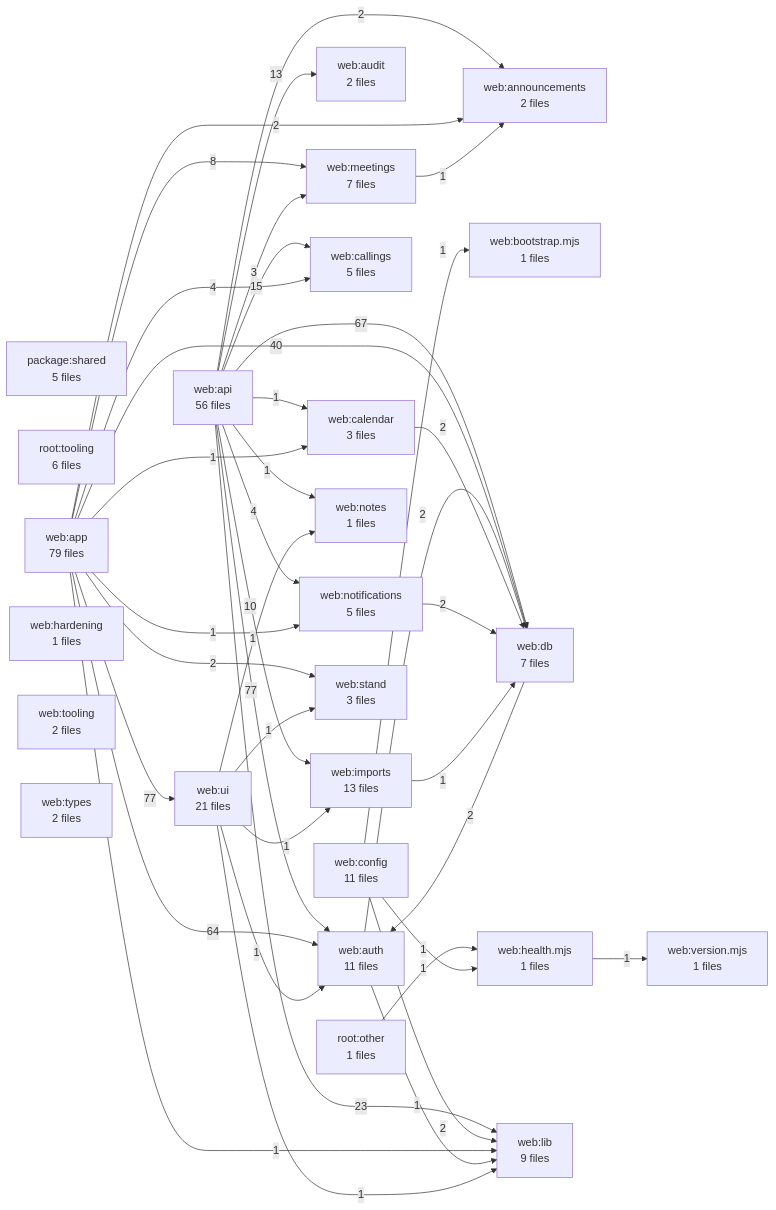
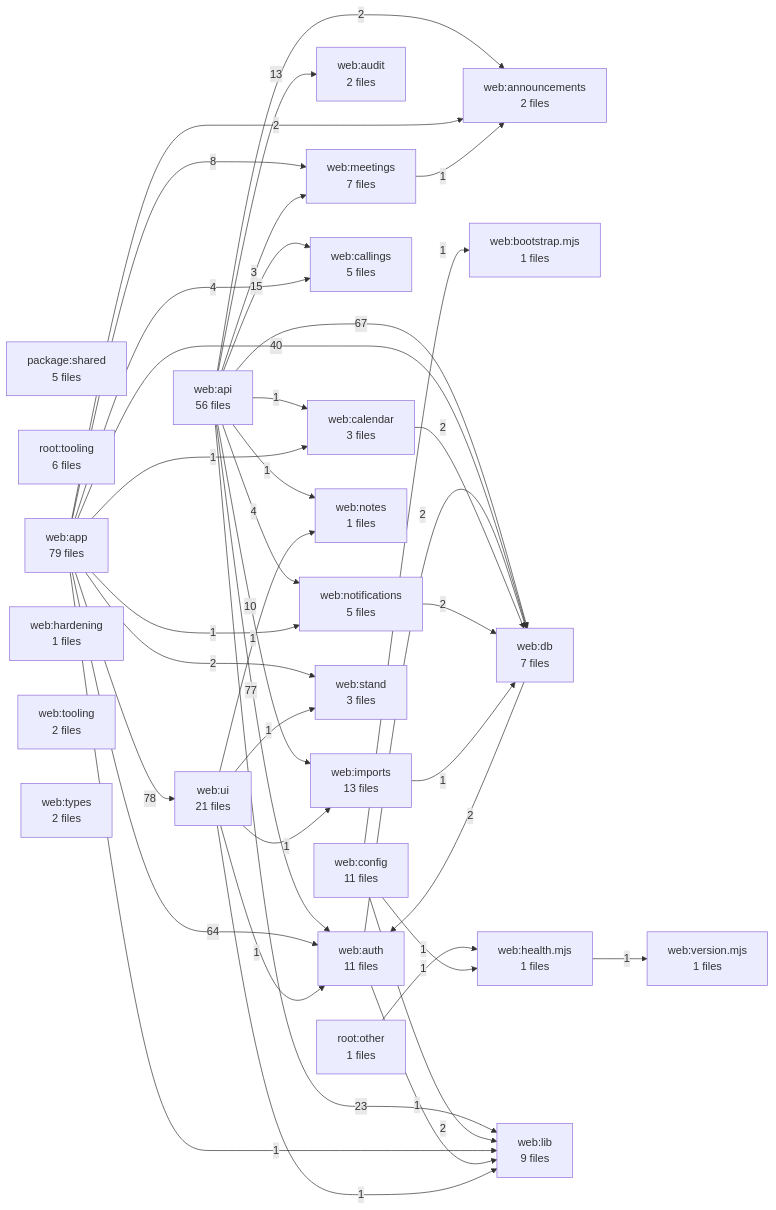
Before and after one commit to kalebhall/the-stand: the diagram in docs/DEPENDENCY_GRAPH.md, drawn with Mermaid. The commit also changed other lines of this file and 2 other files, not shown here.

````diff
--- a/docs/DEPENDENCY_GRAPH.md
+++ b/docs/DEPENDENCY_GRAPH.md
@@ -11,66 +11,66 @@
 ```mermaid
 flowchart LR
   A1["package:shared<br/>5 files"]
   A2["root:other<br/>1 files"]
   A3["root:tooling<br/>6 files"]
   A4["web:announcements<br/>2 files"]
   A5["web:api<br/>56 files"]
   A6["web:app<br/>79 files"]
   A7["web:audit<br/>2 files"]
   A8["web:auth<br/>11 files"]
   A9["web:bootstrap.mjs<br/>1 files"]
   A10["web:calendar<br/>3 files"]
   A11["web:callings<br/>5 files"]
   A12["web:config<br/>11 files"]
   A13["web:db<br/>7 files"]
   A14["web:hardening<br/>1 files"]
   A15["web:health.mjs<br/>1 files"]
   A16["web:imports<br/>13 files"]
   A17["web:lib<br/>9 files"]
   A18["web:meetings<br/>7 files"]
   A19["web:notes<br/>1 files"]
   A20["web:notifications<br/>5 files"]
   A21["web:stand<br/>3 files"]
   A22["web:tooling<br/>2 files"]
   A23["web:types<br/>2 files"]
   A24["web:ui<br/>21 files"]
   A25["web:version.mjs<br/>1 files"]
+  A6 -->|78| A24
   A5 -->|77| A8
-  A6 -->|77| A24
   A5 -->|67| A13
   A6 -->|64| A8
   A6 -->|40| A13
   A5 -->|23| A17
   A5 -->|15| A11
   A5 -->|13| A7
   A5 -->|10| A16
   A6 -->|8| A18
   A5 -->|4| A20
   A6 -->|4| A11
   A5 -->|3| A18
   A5 -->|2| A4
   A6 -->|2| A4
   A6 -->|2| A21
   A8 -->|2| A13
   A10 -->|2| A13
   A12 -->|2| A17
   A13 -->|2| A8
   A20 -->|2| A13
   A2 -->|1| A15
   A5 -->|1| A10
   A5 -->|1| A19
   A6 -->|1| A10
   A6 -->|1| A17
   A6 -->|1| A20
   A8 -->|1| A17
   A12 -->|1| A9
   A12 -->|1| A15
   A15 -->|1| A25
   A16 -->|1| A13
   A18 -->|1| A4
   A24 -->|1| A8
   A24 -->|1| A16
   A24 -->|1| A17
   A24 -->|1| A19
   A24 -->|1| A21
 ```
````
